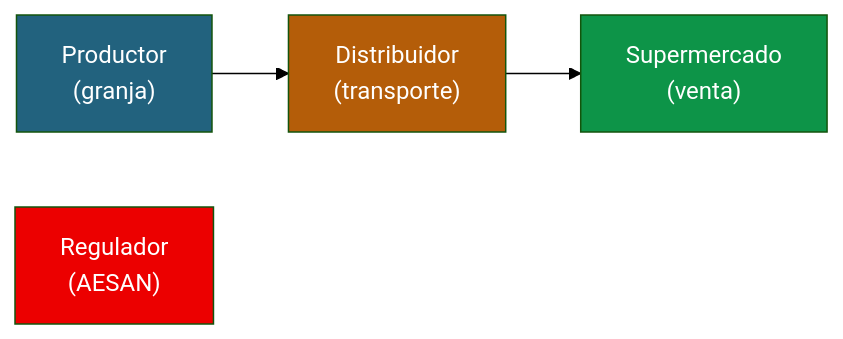
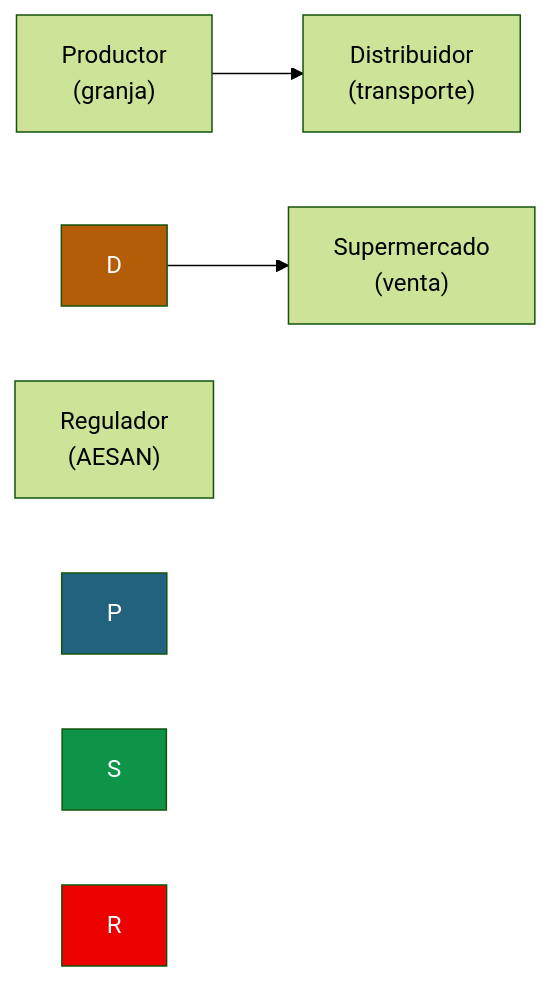
One commit to jjnieto/Curso-HLFabric changed the first of 2 diagrams in Modulo-3/ejercicio-cadena_suministro.md. Above: the diagram before and after it, drawn with Mermaid (forest theme). The commit also changed other lines of this file, not shown here.

````diff
--- a/Modulo-3/ejercicio-cadena_suministro.md
+++ b/Modulo-3/ejercicio-cadena_suministro.md
@@ -17,11 +19,11 @@
 ```mermaid
 graph LR
-    P["Productor<br/>(granja)"] --> D["Distribuidor<br/>(transporte)"]
-    D --> S["Supermercado<br/>(venta)"]
-    R["Regulador<br/>(AESAN)"]
+    P\["Productor<br/>(granja)"] --> D\["Distribuidor<br/>(transporte)"]
+    D --> S\["Supermercado<br/>(venta)"]
+    R\["Regulador<br/>(AESAN)"]
 
     style P fill:#22627E,color:#fff
     style D fill:#B45D09,color:#fff
     style S fill:#0D9448,color:#fff
     style R fill:#EC0000,color:#fff
 ```
````
